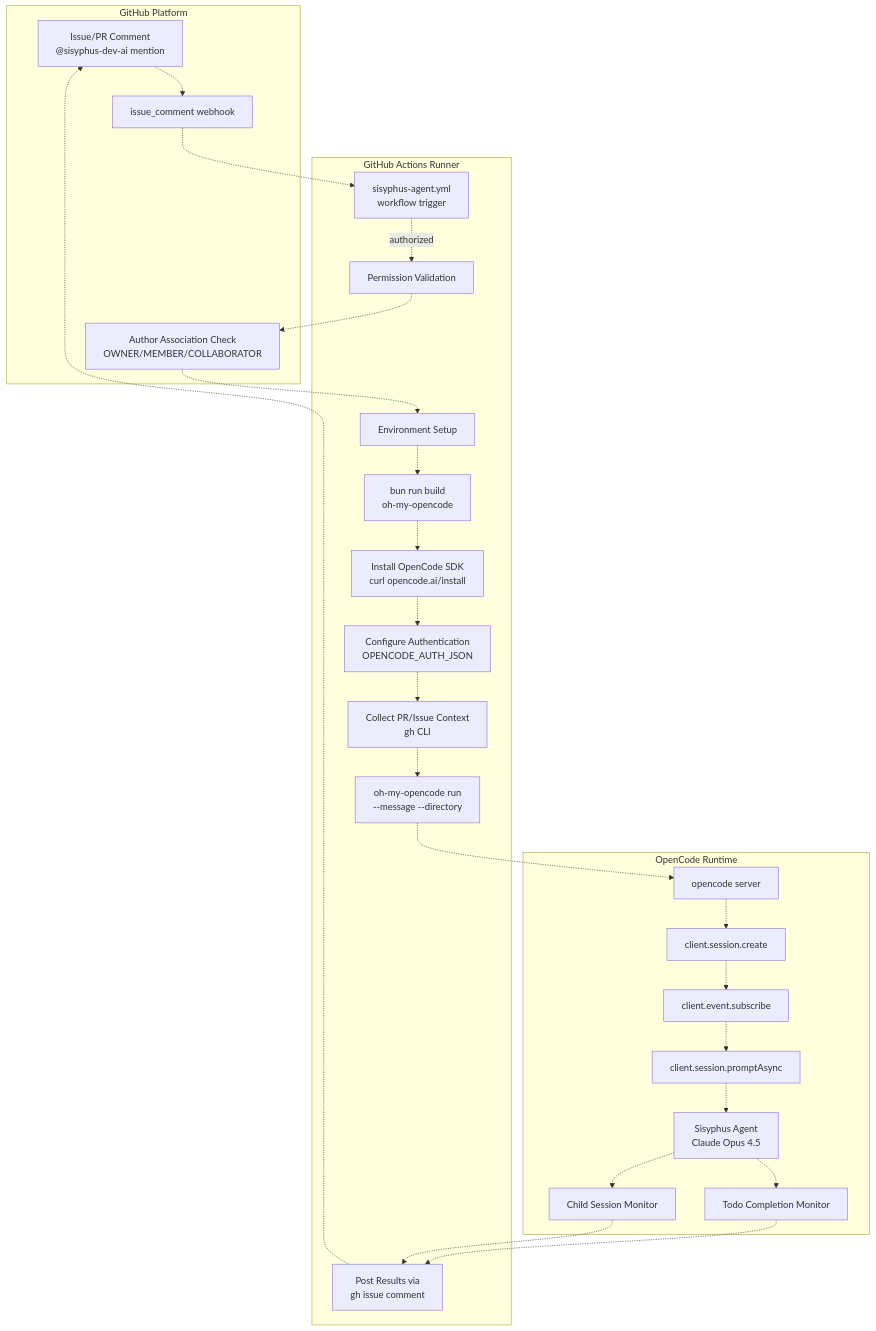
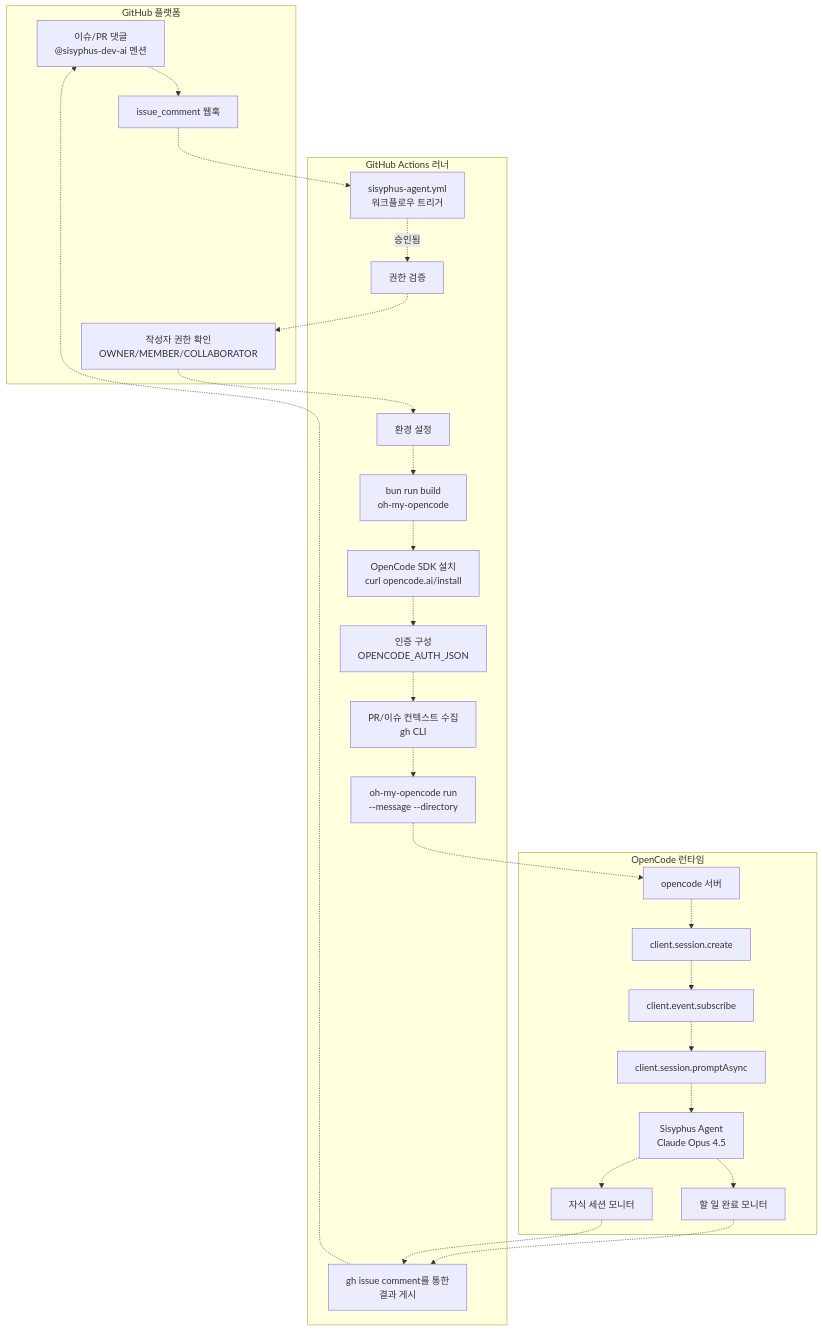
The first of 7 diagrams in docs/automation/github-actions-integration.md (felipetruman/oh-my-opencode-docs), drawn with Mermaid before and after one commit. The commit also changed other lines of this file and 76 other files, not shown here.

````diff
--- a/docs/automation/github-actions-integration.md
+++ b/docs/automation/github-actions-integration.md
@@ -31,72 +31,72 @@
 ```mermaid
 flowchart TD
 
-Comment["Issue/PR Comment<br>@sisyphus-dev-ai mention"]
-IssueCommentEvent["issue_comment webhook"]
-Permissions["Author Association Check<br>OWNER/MEMBER/COLLABORATOR"]
-WorkflowTrigger["sisyphus-agent.yml<br>workflow trigger"]
-AuthCheck["Permission Validation"]
-Setup["Environment Setup"]
+Comment["이슈/PR 댓글<br>@sisyphus-dev-ai 멘션"]
+IssueCommentEvent["issue_comment 웹훅"]
+Permissions["작성자 권한 확인<br>OWNER/MEMBER/COLLABORATOR"]
+WorkflowTrigger["sisyphus-agent.yml<br>워크플로우 트리거"]
+AuthCheck["권한 검증"]
+Setup["환경 설정"]
 BuildOMO["bun run build<br>oh-my-opencode"]
-InstallOC["Install OpenCode SDK<br>curl opencode.ai/install"]
-ConfigureAuth["Configure Authentication<br>OPENCODE_AUTH_JSON"]
-CollectContext["Collect PR/Issue Context<br>gh CLI"]
+InstallOC["OpenCode SDK 설치<br>curl opencode.ai/install"]
+ConfigureAuth["인증 구성<br>OPENCODE_AUTH_JSON"]
+CollectContext["PR/이슈 컨텍스트 수집<br>gh CLI"]
 RunCLI["oh-my-opencode run<br>--message --directory"]
-PostResults["Post Results via<br>gh issue comment"]
-OCServer["opencode server"]
+PostResults["gh issue comment를 통한<br>결과 게시"]
+OCServer["opencode 서버"]
 SessionCreate["client.session.create"]
 EventStream["client.event.subscribe"]
 PromptAsync["client.session.promptAsync"]
 Sisyphus["Sisyphus Agent<br>Claude Opus 4.5"]
-TodoMonitor["Todo Completion Monitor"]
-ChildMonitor["Child Session Monitor"]
+TodoMonitor["할 일 완료 모니터"]
+ChildMonitor["자식 세션 모니터"]
 
 IssueCommentEvent -.-> WorkflowTrigger
 AuthCheck -.-> Permissions
 Permissions -.-> Setup
 RunCLI -.-> OCServer
 TodoMonitor -.-> PostResults
 ChildMonitor -.-> PostResults
 PostResults -.-> Comment
 
-subgraph subGraph2 ["OpenCode Runtime"]
+subgraph subGraph2 ["OpenCode 런타임"]
     OCServer
     SessionCreate
     EventStream
     PromptAsync
     Sisyphus
     TodoMonitor
     ChildMonitor
     OCServer -.-> SessionCreate
     SessionCreate -.-> EventStream
     EventStream -.-> PromptAsync
     PromptAsync -.-> Sisyphus
     Sisyphus -.-> TodoMonitor
     Sisyphus -.-> ChildMonitor
 end
 
-subgraph subGraph1 ["GitHub Actions Runner"]
+subgraph subGraph1 ["GitHub Actions 러너"]
     WorkflowTrigger
     AuthCheck
     Setup
     BuildOMO
     InstallOC
     ConfigureAuth
     CollectContext
     RunCLI
     PostResults
-    WorkflowTrigger -.->|"authorized"| AuthCheck
+    WorkflowTrigger -.->|"승인됨"| AuthCheck
     Setup -.-> BuildOMO
     BuildOMO -.-> InstallOC
     InstallOC -.-> ConfigureAuth
     ConfigureAuth -.-> CollectContext
     CollectContext -.-> RunCLI
 end
 
-subgraph subGraph0 ["GitHub Platform"]
+subgraph subGraph0 ["GitHub 플랫폼"]
     Comment
     IssueCommentEvent
     Permissions
     Comment -.-> IssueCommentEvent
 end
 ```
````
